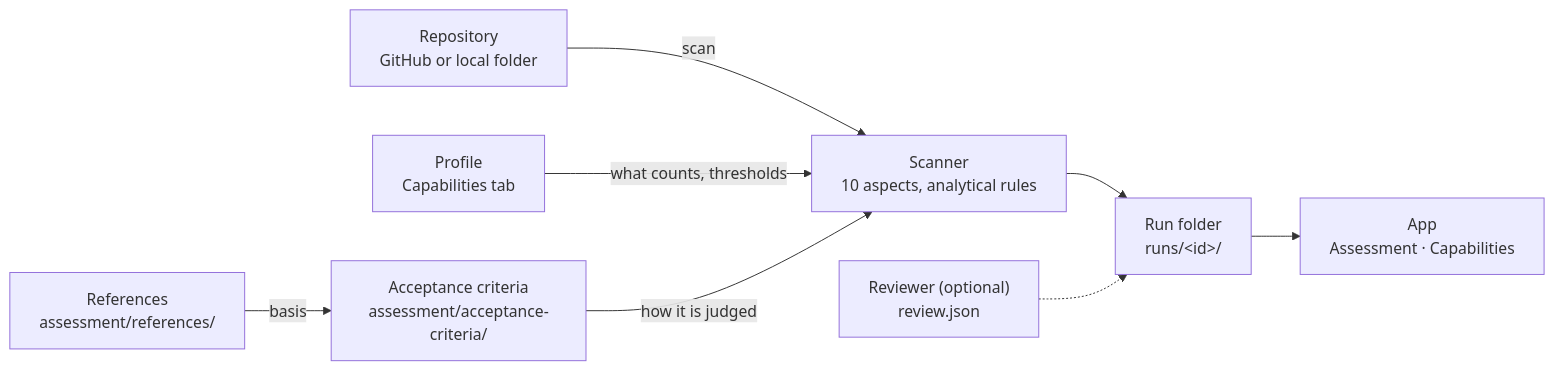
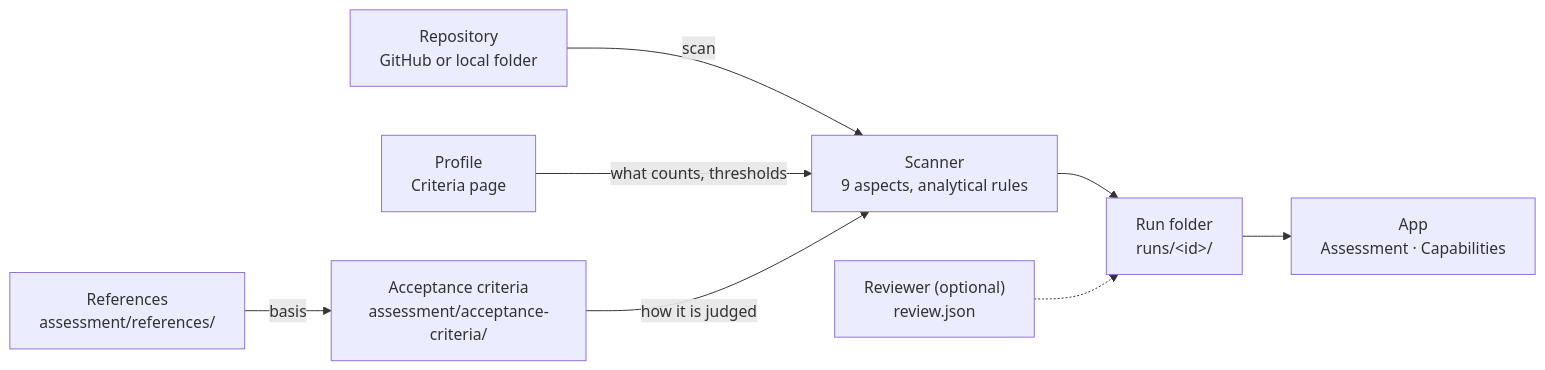
Before and after one commit to dryabokon/SDLC360: the diagram in README.md, drawn with Mermaid. The commit also changed other lines of this file and 44 other files, not shown here.

First line of the commit message:
Nine aspects with Code Review; new header with Projects and Criteria

````diff
--- a/README.md
+++ b/README.md
@@ -105,10 +104,10 @@
 ```mermaid
 flowchart LR
-    R["Repository<br/>GitHub or local folder"] -->|scan| S["Scanner<br/>10 aspects, analytical rules"]
-    E["Profile<br/>Capabilities tab"] -->|what counts, thresholds| S
+    R["Repository<br/>GitHub or local folder"] -->|scan| S["Scanner<br/>9 aspects, analytical rules"]
+    E["Profile<br/>Criteria page"] -->|what counts, thresholds| S
     A["Acceptance criteria<br/>assessment/acceptance-criteria/"] -->|how it is judged| S
     Src["References<br/>assessment/references/"] -->|basis| A
     S --> Run["Run folder<br/>runs/&lt;id&gt;/"]
     Rev["Reviewer (optional)<br/>review.json"] -.-> Run
     Run --> D["App<br/>Assessment · Capabilities"]
 ```
````
